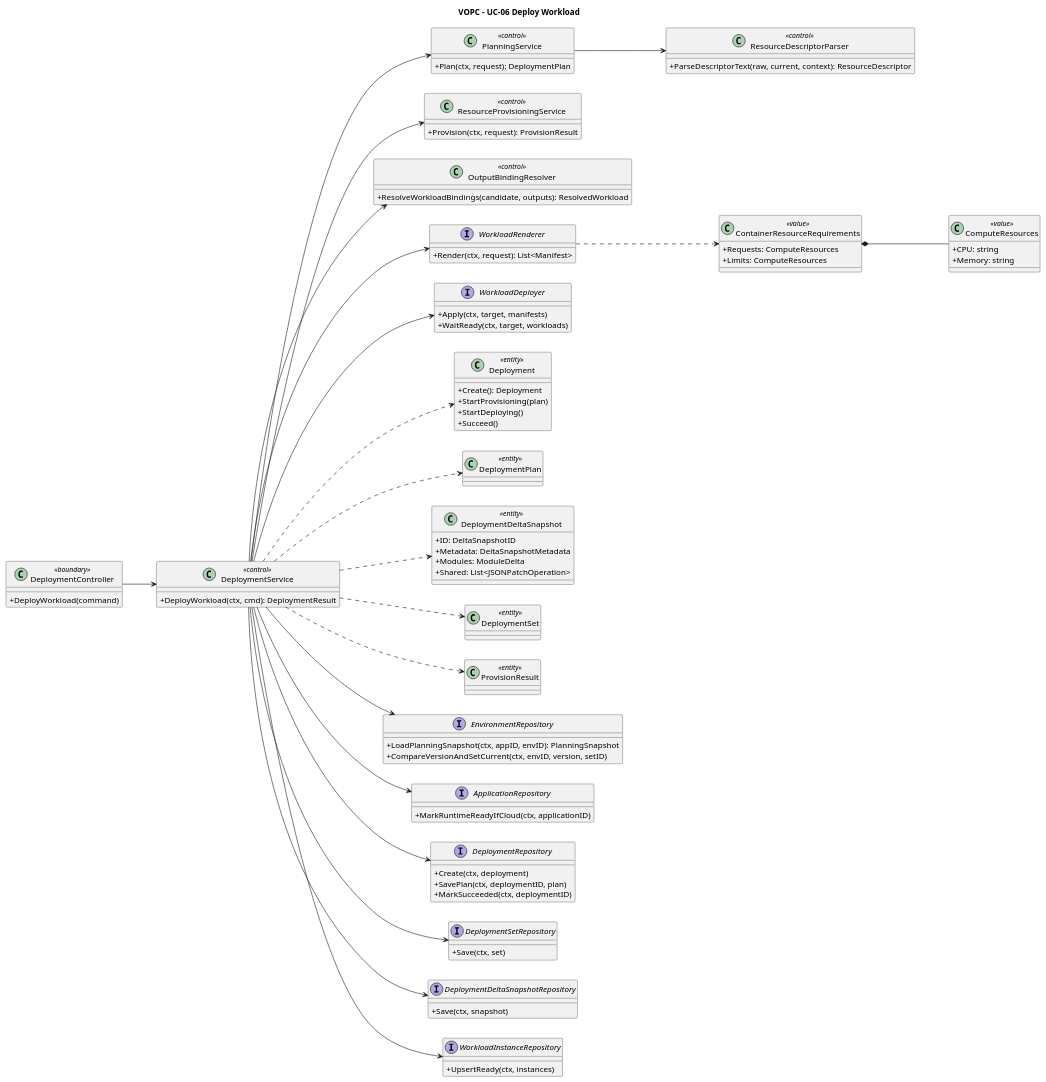
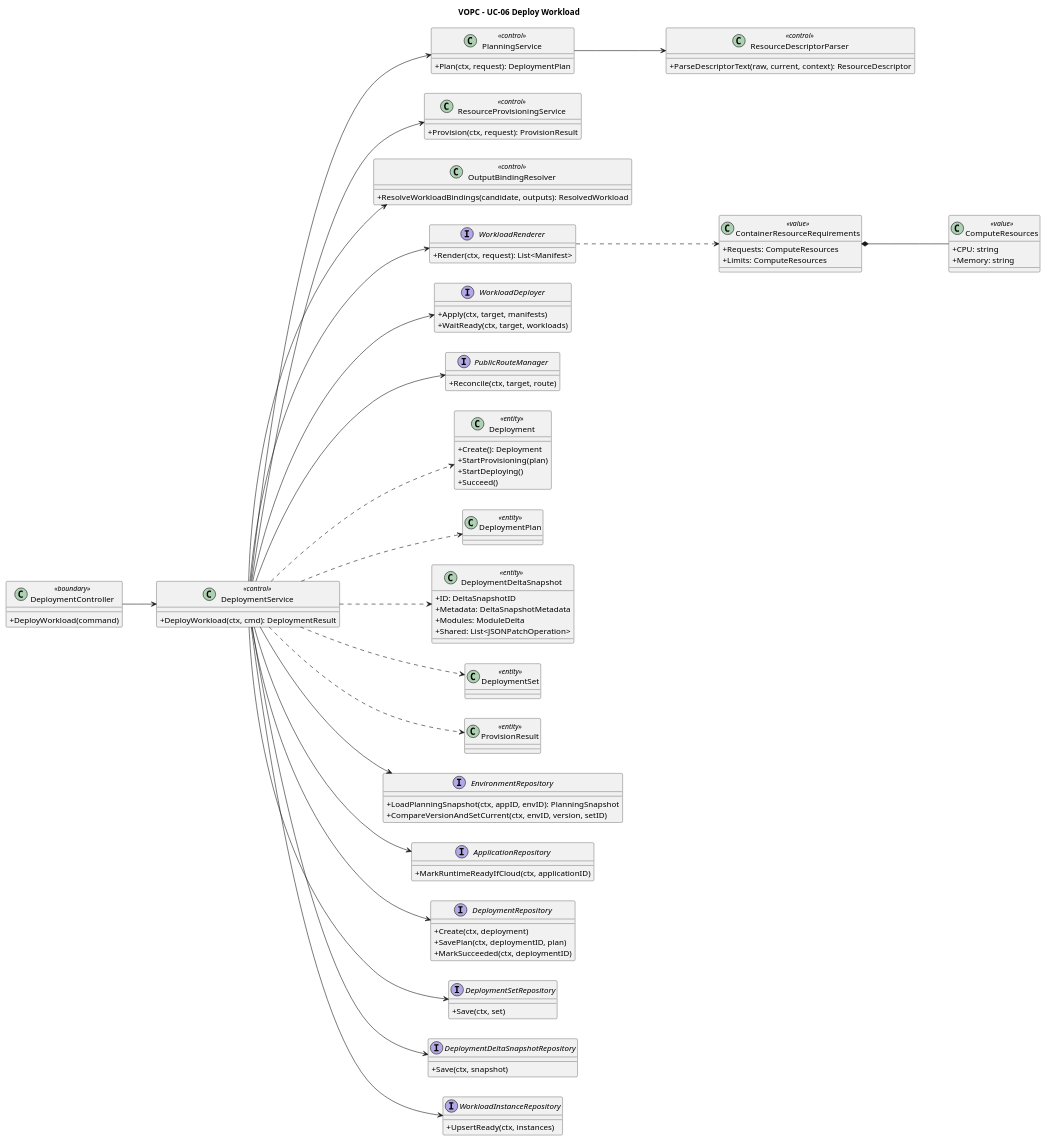
Before and after one commit to pr3s3nt/poc: the diagram in orchestrator_docs/usecase/UC-06/vopc.puml, drawn with PlantUML. The commit also changed 35 other files, not shown here.

```diff
--- a/orchestrator_docs/usecase/UC-06/vopc.puml
+++ b/orchestrator_docs/usecase/UC-06/vopc.puml
@@ -1,94 +1,98 @@
 @startuml
 title VOPC - UC-06 Deploy Workload
 left to right direction
 skinparam classAttributeIconSize 0
 class DeploymentController <<boundary>> {
   +DeployWorkload(command)
 }
 class DeploymentService <<control>> {
   +DeployWorkload(ctx, cmd): DeploymentResult
 }
 class PlanningService <<control>> {
   +Plan(ctx, request): DeploymentPlan
 }
 class ResourceDescriptorParser <<control>> {
   +ParseDescriptorText(raw, current, context): ResourceDescriptor
 }
 class ResourceProvisioningService <<control>> {
   +Provision(ctx, request): ProvisionResult
 }
 class OutputBindingResolver <<control>> {
   +ResolveWorkloadBindings(candidate, outputs): ResolvedWorkload
 }
 interface WorkloadRenderer {
   +Render(ctx, request): List<Manifest>
 }
 interface WorkloadDeployer {
   +Apply(ctx, target, manifests)
   +WaitReady(ctx, target, workloads)
+}
+interface PublicRouteManager {
+  +Reconcile(ctx, target, route)
 }
 class Deployment <<entity>> {
   +Create(): Deployment
   +StartProvisioning(plan)
   +StartDeploying()
   +Succeed()
 }
 class DeploymentPlan <<entity>>
 class DeploymentDeltaSnapshot <<entity>> {
   +ID: DeltaSnapshotID
   +Metadata: DeltaSnapshotMetadata
   +Modules: ModuleDelta
   +Shared: List<JSONPatchOperation>
 }
 class DeploymentSet <<entity>>
 class ContainerResourceRequirements <<value>> {
   +Requests: ComputeResources
   +Limits: ComputeResources
 }
 class ComputeResources <<value>> {
   +CPU: string
   +Memory: string
 }
 class ProvisionResult <<entity>>
 interface EnvironmentRepository {
   +LoadPlanningSnapshot(ctx, appID, envID): PlanningSnapshot
   +CompareVersionAndSetCurrent(ctx, envID, version, setID)
 }
 interface ApplicationRepository {
   +MarkRuntimeReadyIfCloud(ctx, applicationID)
 }
 interface DeploymentRepository {
   +Create(ctx, deployment)
   +SavePlan(ctx, deploymentID, plan)
   +MarkSucceeded(ctx, deploymentID)
 }
 interface DeploymentSetRepository {
   +Save(ctx, set)
 }
 interface DeploymentDeltaSnapshotRepository {
   +Save(ctx, snapshot)
 }
 interface WorkloadInstanceRepository {
   +UpsertReady(ctx, instances)
 }
 DeploymentController --> DeploymentService
 DeploymentService --> PlanningService
 PlanningService --> ResourceDescriptorParser
 DeploymentService --> ResourceProvisioningService
 DeploymentService --> OutputBindingResolver
 DeploymentService --> WorkloadRenderer
 DeploymentService --> WorkloadDeployer
+DeploymentService --> PublicRouteManager
 DeploymentService --> EnvironmentRepository
 DeploymentService --> ApplicationRepository
 DeploymentService --> DeploymentRepository
 DeploymentService --> DeploymentSetRepository
 DeploymentService --> DeploymentDeltaSnapshotRepository
 DeploymentService --> WorkloadInstanceRepository
 DeploymentService ..> Deployment
 DeploymentService ..> DeploymentPlan
 DeploymentService ..> DeploymentDeltaSnapshot
 DeploymentService ..> DeploymentSet
 DeploymentService ..> ProvisionResult
 WorkloadRenderer ..> ContainerResourceRequirements
 ContainerResourceRequirements *-- ComputeResources
 @enduml
```
